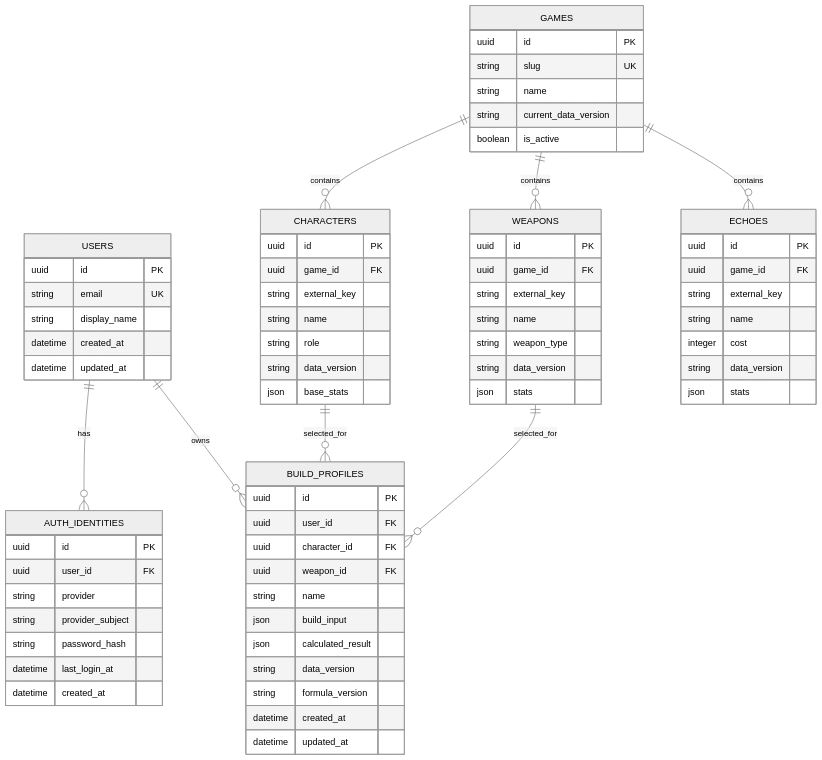
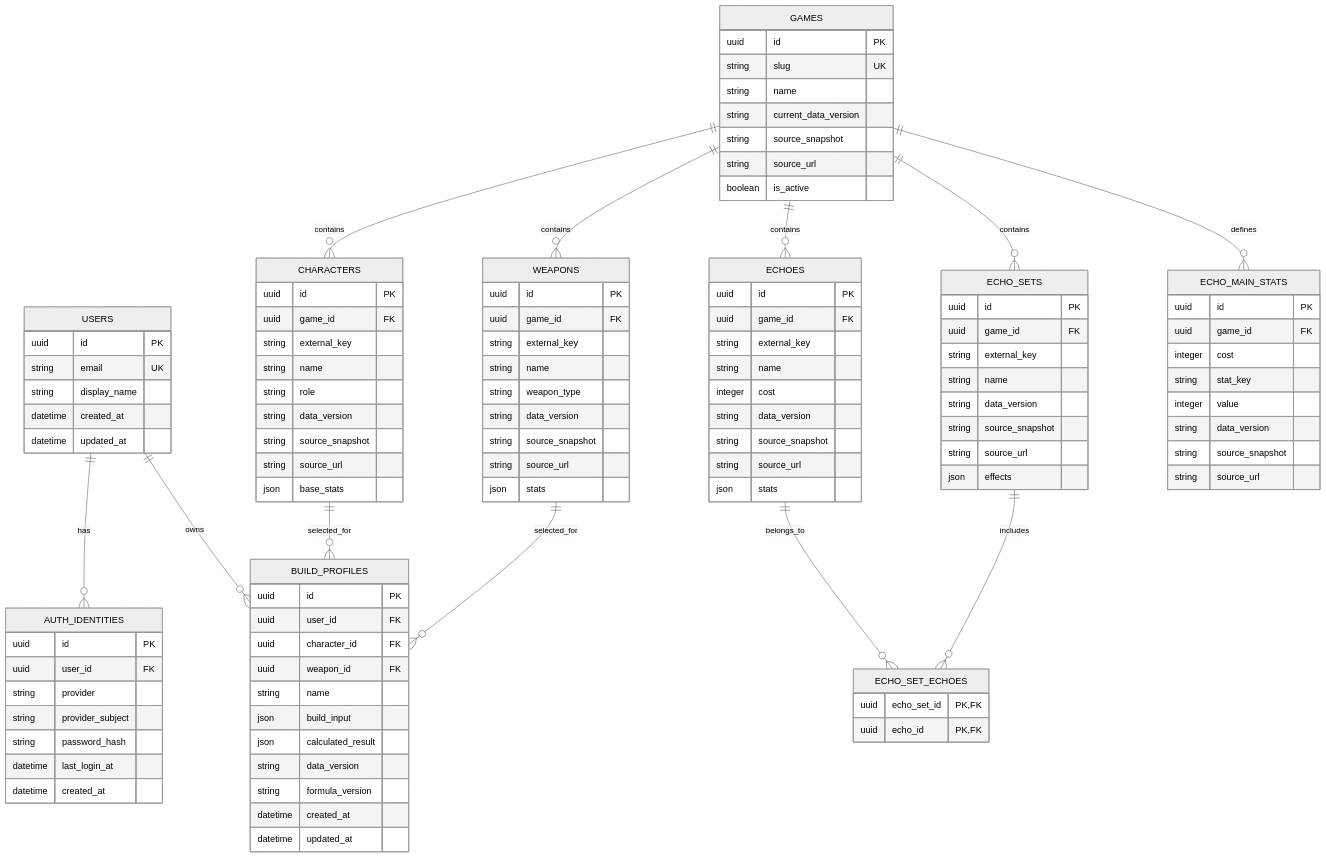
The diagram in docs/erd.md (Erensia/Buildex), drawn with Mermaid (neutral theme) before and after one commit. The commit also changed other lines of this file and 17 other files, not shown here.

```diff
--- a/docs/erd.md
+++ b/docs/erd.md
@@ -18,6 +19,10 @@
     GAMES ||--o{ CHARACTERS : contains
     GAMES ||--o{ WEAPONS : contains
     GAMES ||--o{ ECHOES : contains
+    GAMES ||--o{ ECHO_SETS : contains
+    GAMES ||--o{ ECHO_MAIN_STATS : defines
+    ECHO_SETS ||--o{ ECHO_SET_ECHOES : includes
+    ECHOES ||--o{ ECHO_SET_ECHOES : belongs_to
     CHARACTERS ||--o{ BUILD_PROFILES : selected_for
     WEAPONS ||--o{ BUILD_PROFILES : selected_for
 
@@ -42,6 +47,8 @@
         string slug UK
         string name
         string current_data_version
+        string source_snapshot
+        string source_url
         boolean is_active
     }
     CHARACTERS {
@@ -51,6 +58,8 @@
         string name
         string role
         string data_version
+        string source_snapshot
+        string source_url
         json base_stats
     }
     WEAPONS {
@@ -60,6 +69,8 @@
         string name
         string weapon_type
         string data_version
+        string source_snapshot
+        string source_url
         json stats
     }
     ECHOES {
@@ -69,7 +80,33 @@
         string name
         integer cost
         string data_version
+        string source_snapshot
+        string source_url
         json stats
+    }
+    ECHO_SETS {
+        uuid id PK
+        uuid game_id FK
+        string external_key
+        string name
+        string data_version
+        string source_snapshot
+        string source_url
+        json effects
+    }
+    ECHO_SET_ECHOES {
+        uuid echo_set_id PK,FK
+        uuid echo_id PK,FK
+    }
+    ECHO_MAIN_STATS {
+        uuid id PK
+        uuid game_id FK
+        integer cost
+        string stat_key
+        integer value
+        string data_version
+        string source_snapshot
+        string source_url
     }
     BUILD_PROFILES {
         uuid id PK
```
